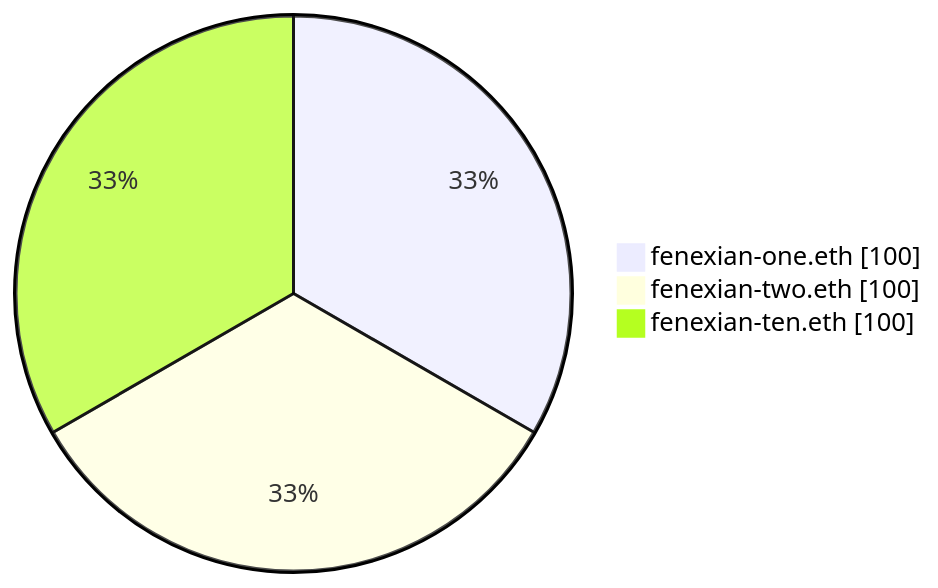
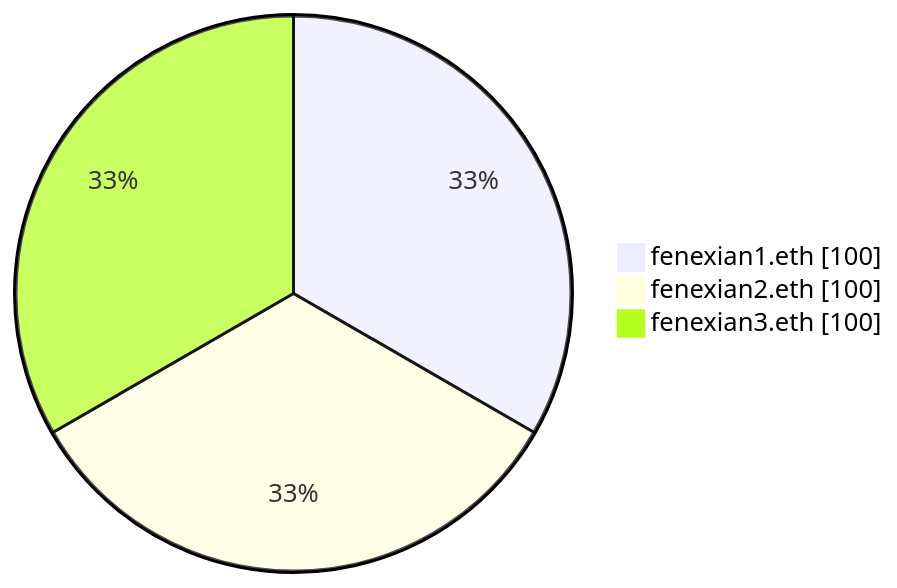
The third of 5 diagrams in README.md (atomizexyz/litepaper), drawn with Mermaid before and after one commit. The commit also changed other lines of this file and 4 other files, not shown here.

````diff
--- a/README.md
+++ b/README.md
@@ -141,6 +148,6 @@
 ```mermaid
 pie showData
-    "fenexian-one.eth" : 100
-    "fenexian-two.eth" : 100
-    "fenexian-ten.eth" : 100
+    "fenexian1.eth" : 100
+    "fenexian2.eth" : 100
+    "fenexian3.eth" : 100
 ```
````
